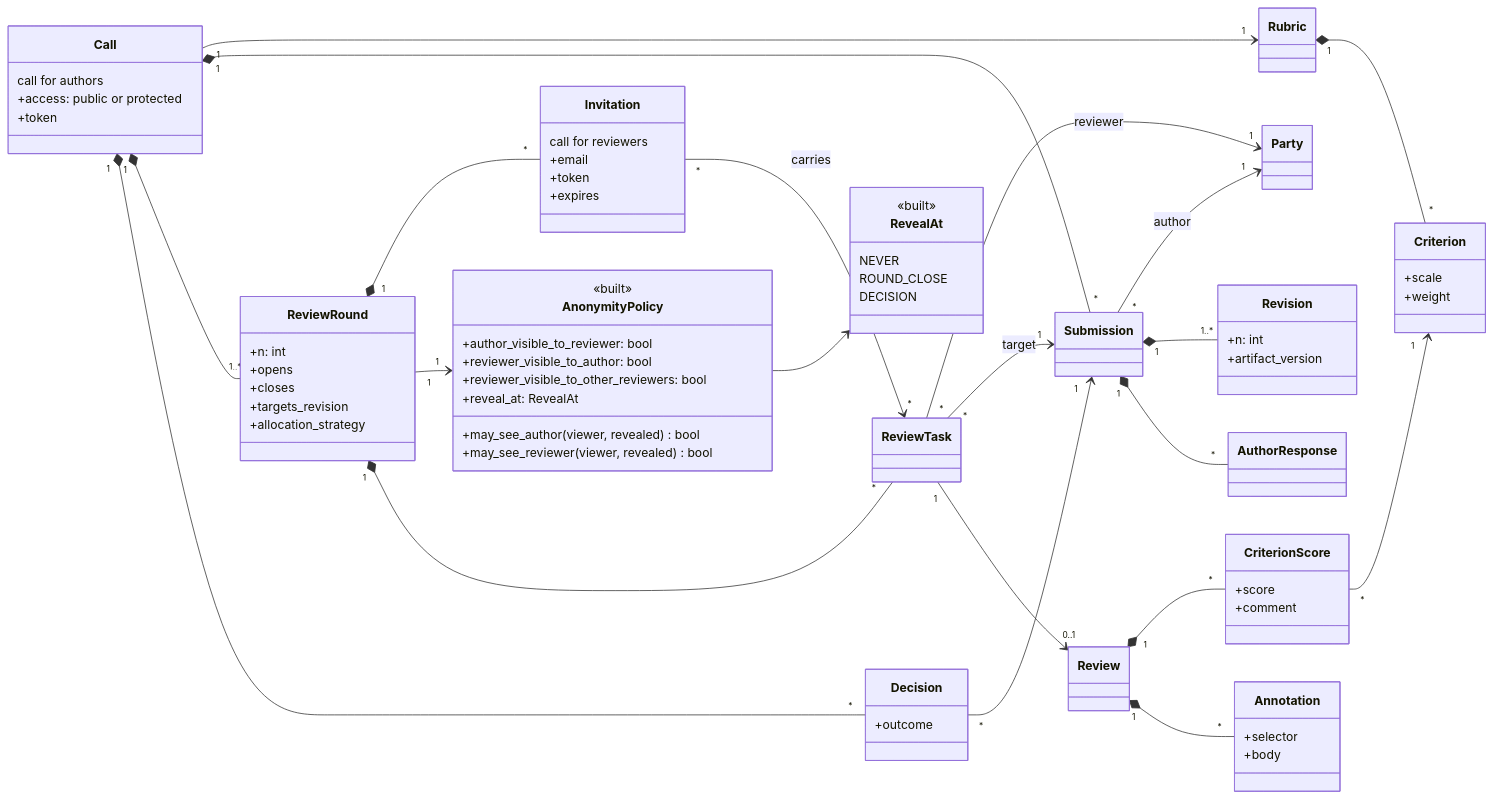
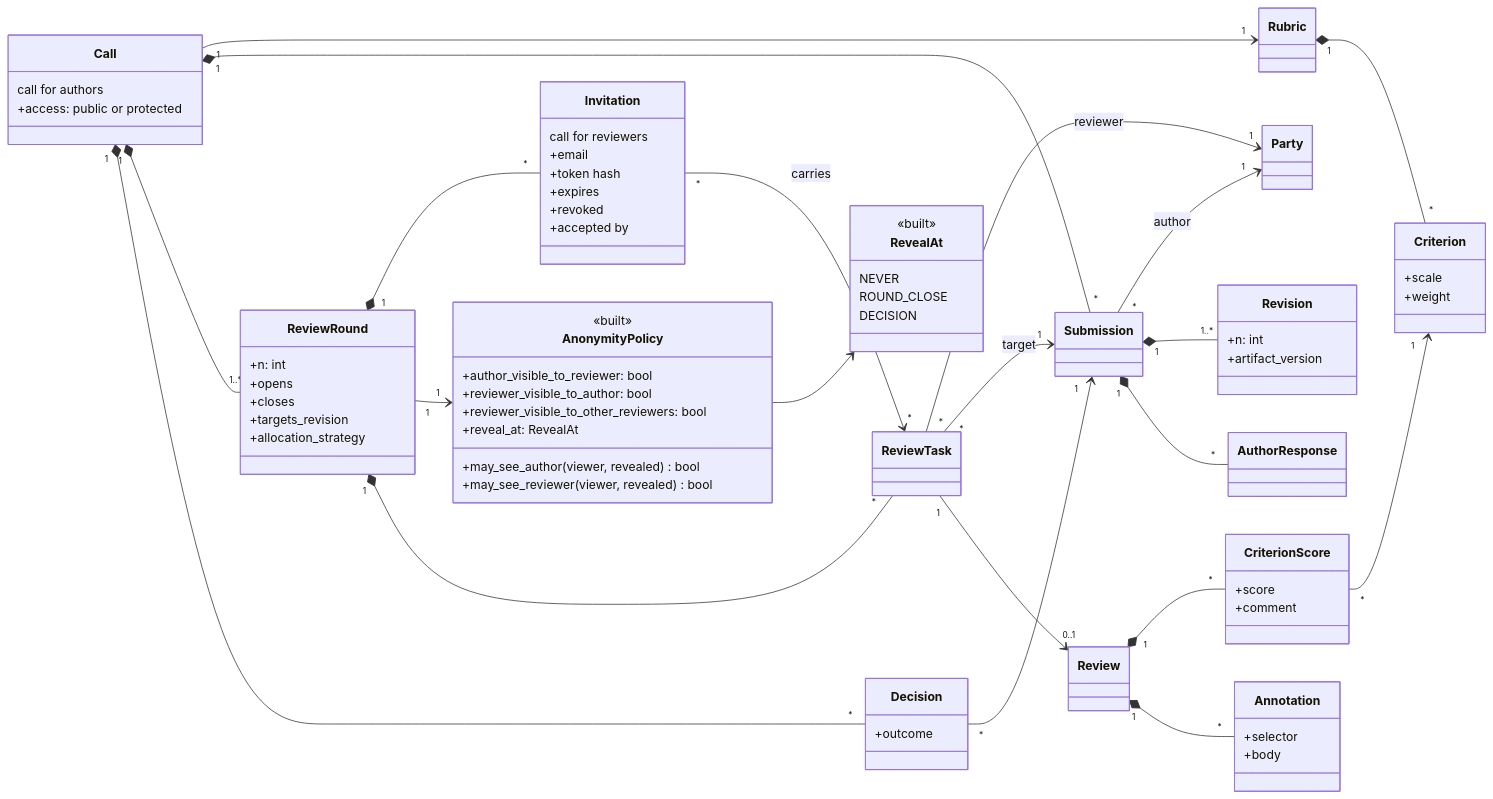
The second of 2 diagrams in docs/uml/domain-model.md (jaateixeira/prreview.it), drawn with Mermaid before and after one commit. The commit also changed other lines of this file and 27 other files, not shown here.

```diff
--- a/docs/uml/domain-model.md
+++ b/docs/uml/domain-model.md
@@ -49,13 +49,14 @@
     class Call {
         call for authors
         +access: public or protected
-        +token
     }
     class Invitation {
         call for reviewers
         +email
-        +token
+        +token hash
         +expires
+        +revoked
+        +accepted by
     }
     class Rubric
     class Criterion {
```
